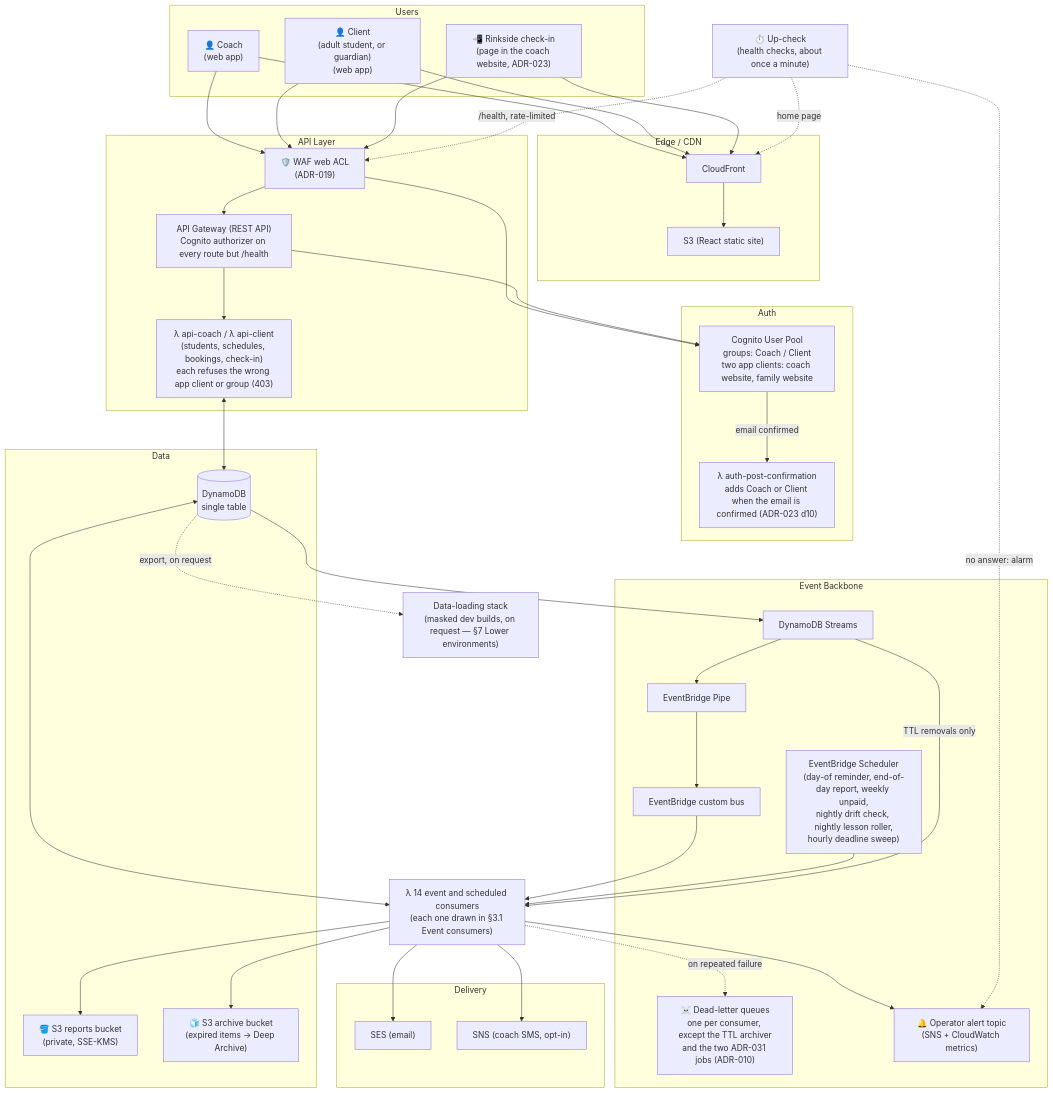
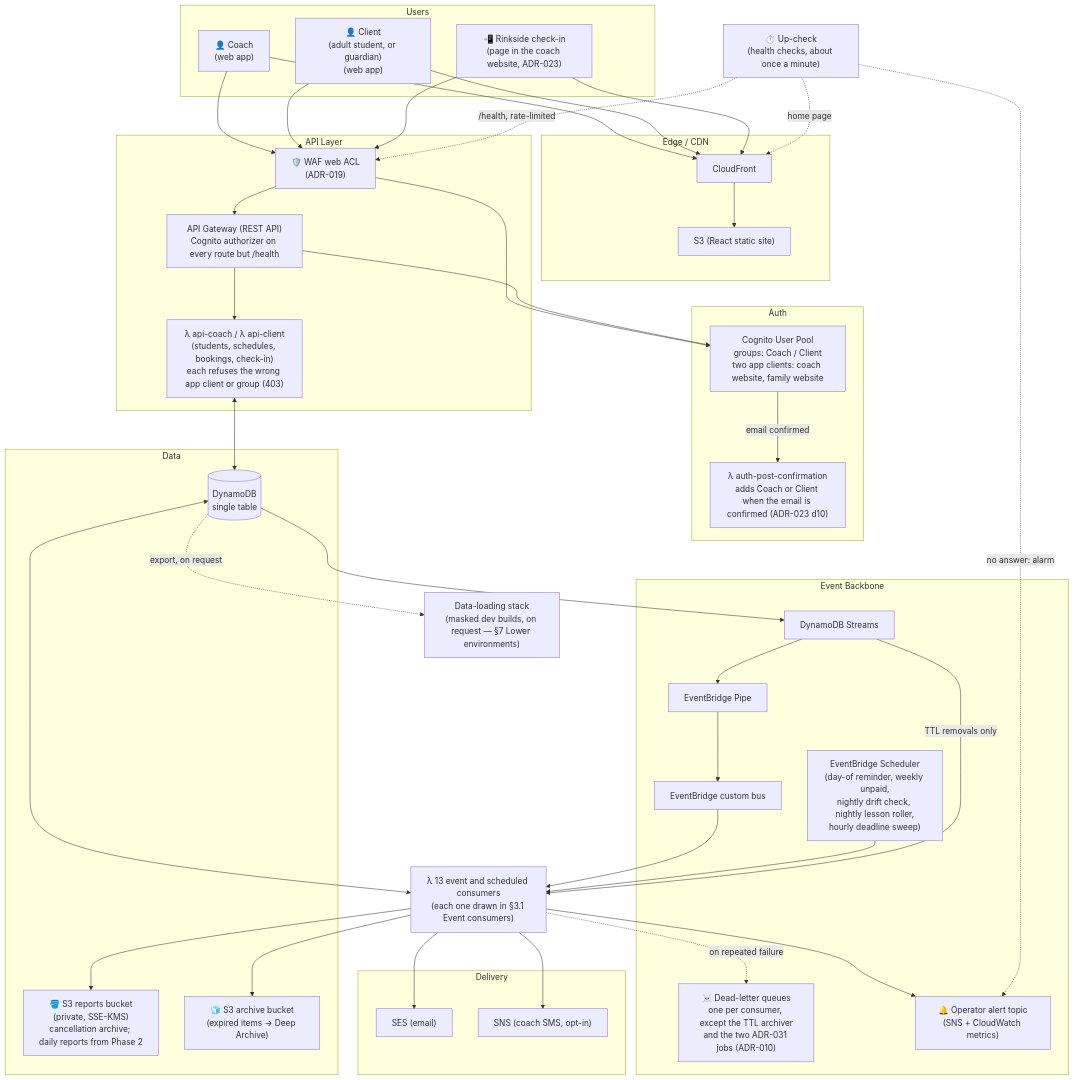
One commit to jessicamvega6/bladebook changed the first of 31 diagrams in docs/architecture.md. Above: the diagram before and after it, drawn with Mermaid. The commit also changed other lines of this file and 65 other files, not shown here.

````diff
--- a/docs/architecture.md
+++ b/docs/architecture.md
@@ -83,79 +83,79 @@
 ```mermaid
 flowchart TB
     subgraph Users
         Coach["👤 Coach<br/>(web app)"]
         Client["👤 Client<br/>(adult student, or guardian)<br/>(web app)"]
         CheckIn["📲 Rinkside check-in<br/>(page in the coach website, ADR-023)"]
     end
 
     subgraph Edge["Edge / CDN"]
         CF["CloudFront"]
         S3["S3 (React static site)"]
     end
 
     subgraph Auth
         Cognito["Cognito User Pool<br/>groups: Coach / Client<br/>two app clients: coach website, family website"]
         L_Group["λ auth-post-confirmation<br/>adds Coach or Client when the email is confirmed (ADR-023 d10)"]
     end
 
     subgraph API["API Layer"]
         WAF["🛡️ WAF web ACL<br/>(ADR-019)"]
         APIGW["API Gateway (REST API)<br/>Cognito authorizer on every route but /health"]
         L_Api["λ api-coach / λ api-client<br/>(students, schedules, bookings, check-in)<br/>each refuses the wrong app client or group (403)"]
     end
 
     subgraph Events["Event Backbone"]
         Stream["DynamoDB Streams"]
         Pipe["EventBridge Pipe"]
         Bus["EventBridge custom bus"]
-        Sched["EventBridge Scheduler<br/>(day-of reminder, end-of-day report, weekly unpaid,<br/>nightly drift check, nightly lesson roller,<br/>hourly deadline sweep)"]
+        Sched["EventBridge Scheduler<br/>(day-of reminder, weekly unpaid,<br/>nightly drift check, nightly lesson roller,<br/>hourly deadline sweep)"]
         DLQ["☠️ Dead-letter queues<br/>one per consumer, except the TTL archiver<br/>and the two ADR-031 jobs (ADR-010)"]
         Alerts["🔔 Operator alert topic<br/>(SNS + CloudWatch metrics)"]
     end
 
     UpCheck["⏱️ Up-check<br/>(health checks, about once a minute)"]
 
-    Consumers["λ 14 event and scheduled consumers<br/>(each one drawn in §3.1 Event consumers)"]
+    Consumers["λ 13 event and scheduled consumers<br/>(each one drawn in §3.1 Event consumers)"]
 
     subgraph Data
         DDB[("DynamoDB<br/>single table")]
-        Reports["🪣 S3 reports bucket<br/>(private, SSE-KMS)"]
+        Reports["🪣 S3 reports bucket<br/>(private, SSE-KMS)<br/>cancellation archive; daily reports from Phase 2"]
         Archive["🧊 S3 archive bucket<br/>(expired items → Deep Archive)"]
     end
 
     DataLoadRef["Data-loading stack<br/>(masked dev builds, on request — §7 Lower environments)"]
 
     subgraph Notify["Delivery"]
         SES["SES (email)"]
         SNS["SNS (coach SMS, opt-in)"]
     end
 
     Coach --> CF
     Client --> CF
     CheckIn --> CF
     CF --> S3
     Coach & Client & CheckIn --> WAF
     WAF --> Cognito
     WAF --> APIGW
     APIGW --> Cognito
     Cognito -->|email confirmed| L_Group
     APIGW --> L_Api
     L_Api <--> DDB
 
     DDB --> Stream --> Pipe --> Bus
     Bus --> Consumers
     Sched --> Consumers
     Stream -->|TTL removals only| Consumers
     Consumers <--> DDB
     Consumers --> SES & SNS
     Consumers --> Reports
     Consumers --> Archive
     Consumers --> Alerts
     Consumers -.->|on repeated failure| DLQ
 
     DDB -.->|export, on request| DataLoadRef
 
     UpCheck -.->|home page| CF
     UpCheck -.->|/health, rate-limited| WAF
     UpCheck -.->|no answer: alarm| Alerts
 ```
````
